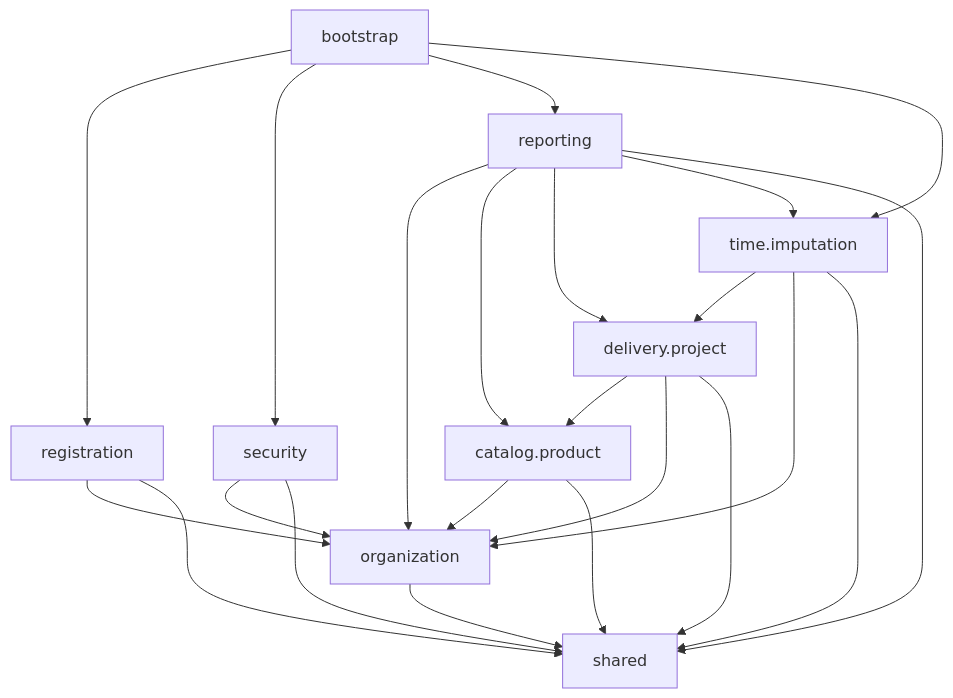
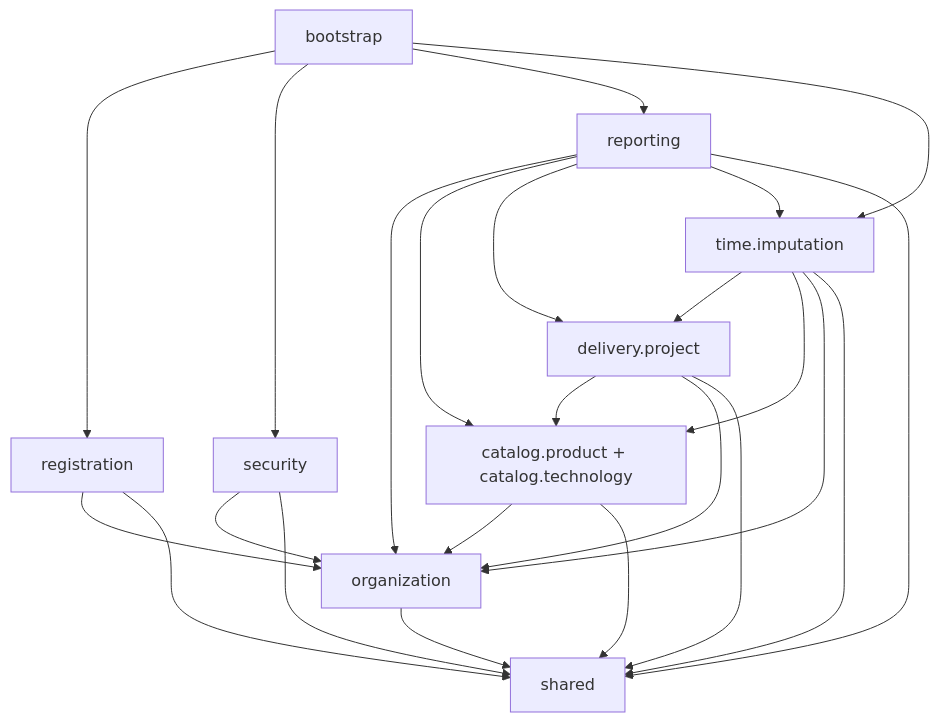
Before and after one commit to antonio-arinno/canopus: the third of 4 diagrams in ARQUITECTURA_OBJETIVO_BACKEND.md, drawn with Mermaid. The commit also changed other lines of this file and 196 other files, not shown here.

````diff
--- a/ARQUITECTURA_OBJETIVO_BACKEND.md
+++ b/ARQUITECTURA_OBJETIVO_BACKEND.md
@@ -70,35 +79,36 @@
 ```mermaid
 graph TD
     shared[shared]
     organization[organization]
-    catalog[catalog.product]
+    catalog["catalog.product + catalog.technology"]
     delivery[delivery.project]
     time[time.imputation]
     reporting[reporting]
     registration[registration]
     security[security]
     bootstrap[bootstrap]
 
     organization --> shared
     catalog --> organization
     catalog --> shared
     delivery --> catalog
     delivery --> organization
     delivery --> shared
     time --> delivery
+    time --> catalog
     time --> organization
     time --> shared
     reporting --> organization
     reporting --> catalog
     reporting --> delivery
     reporting --> time
     reporting --> shared
     registration --> organization
     registration --> shared
     security --> organization
     security --> shared
     bootstrap --> registration
     bootstrap --> security
     bootstrap --> reporting
     bootstrap --> time
 ```
````
